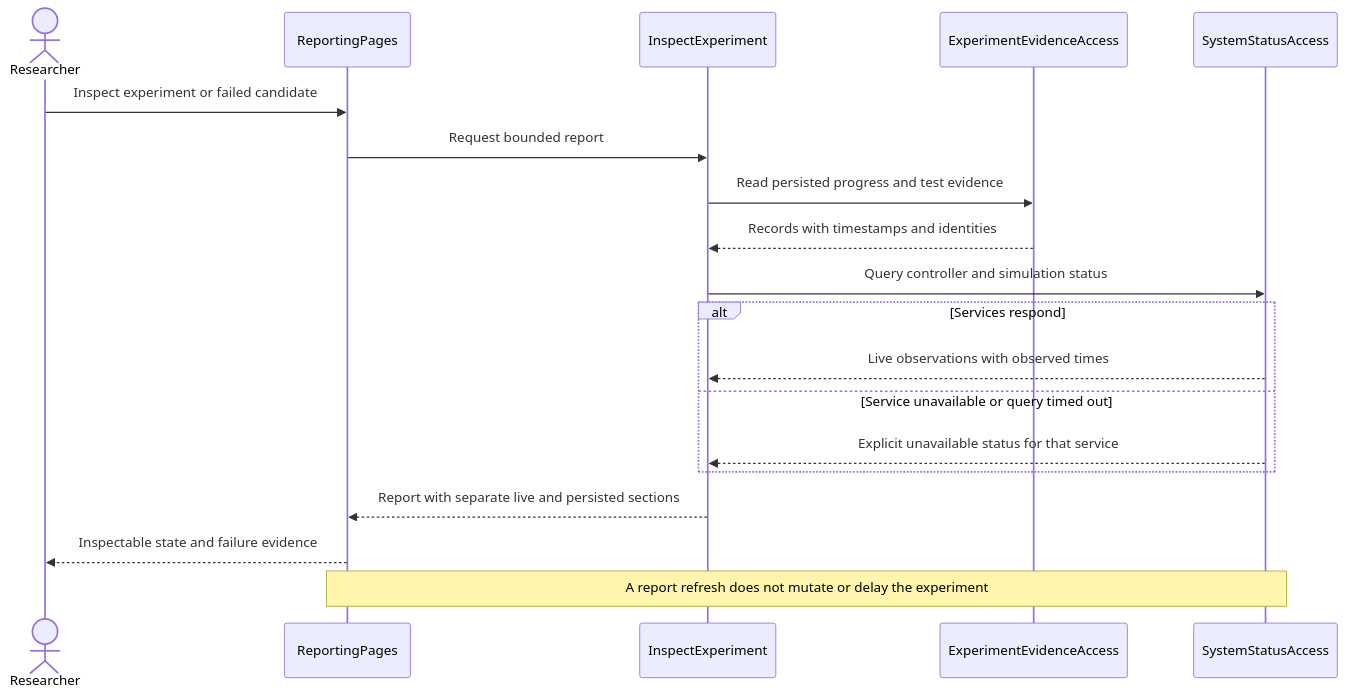
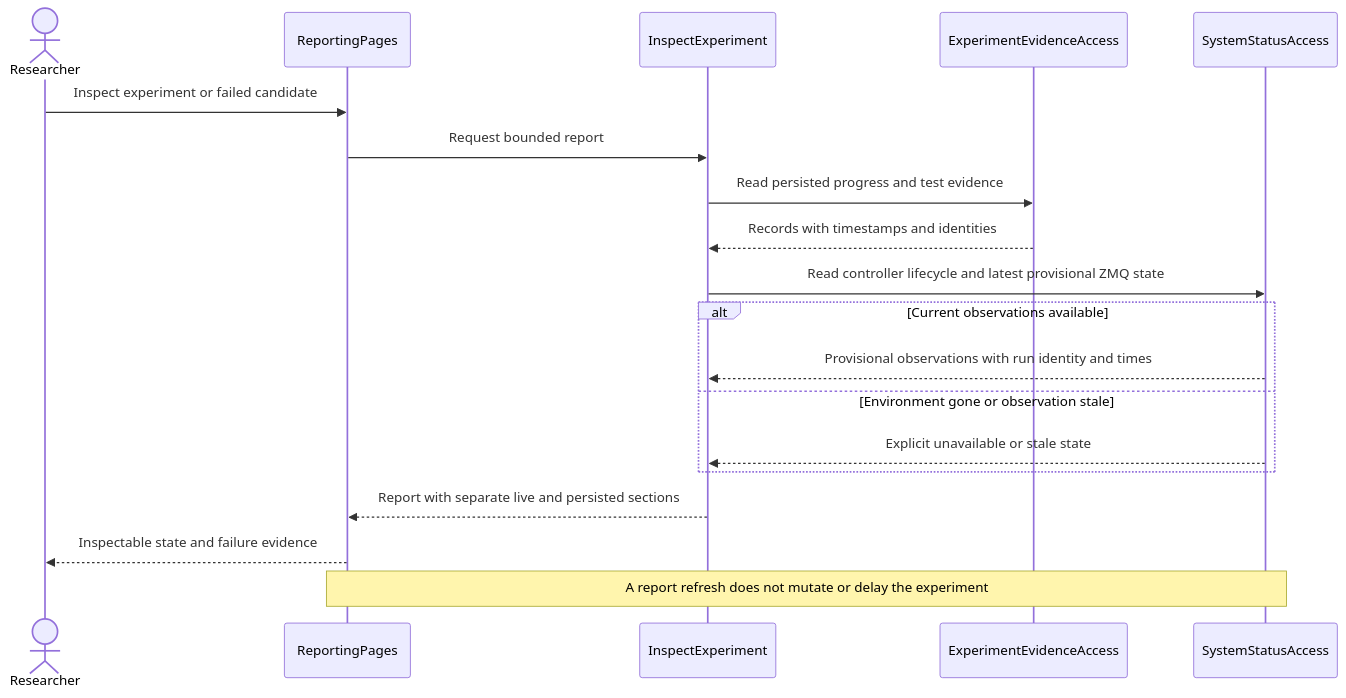
One commit to NadimGhaznavi/nd3g changed the eighth of 8 diagrams in docs/architecture/02-analysis-model.md. Above: the diagram before and after it, drawn with Mermaid. The commit also changed other lines of this file and 9 other files, not shown here.

Commit message:
docs: define disposable simulation lifecycle and inspected result import

````diff
--- a/docs/architecture/02-analysis-model.md
+++ b/docs/architecture/02-analysis-model.md
@@ -312,21 +379,21 @@
 ```mermaid
 sequenceDiagram
     actor R as Researcher
     participant P as ReportingPages
     participant I as InspectExperiment
     participant H as ExperimentEvidenceAccess
     participant S as SystemStatusAccess
     R->>P: Inspect experiment or failed candidate
     P->>I: Request bounded report
     I->>H: Read persisted progress and test evidence
     H-->>I: Records with timestamps and identities
-    I->>S: Query controller and simulation status
-    alt Services respond
-        S-->>I: Live observations with observed times
-    else Service unavailable or query timed out
-        S-->>I: Explicit unavailable status for that service
+    I->>S: Read controller lifecycle and latest provisional ZMQ state
+    alt Current observations available
+        S-->>I: Provisional observations with run identity and times
+    else Environment gone or observation stale
+        S-->>I: Explicit unavailable or stale state
     end
     I-->>P: Report with separate live and persisted sections
     P-->>R: Inspectable state and failure evidence
     Note over P,S: A report refresh does not mutate or delay the experiment
 ```
````
